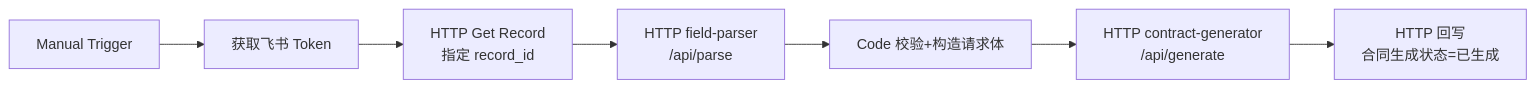
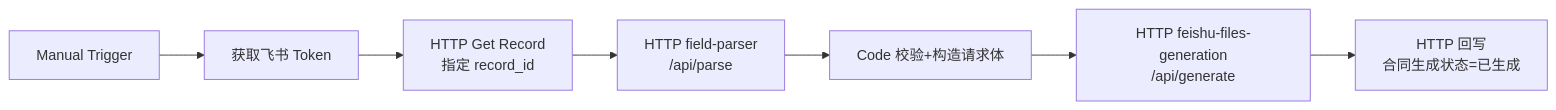
Before and after one commit to XXuyucheng/qujia-n8n-feishu: the second of 2 diagrams in 合同生成-路径B实现.md, drawn with Mermaid. The commit also changed other lines of this file and 47 other files, not shown here.

````diff
--- a/合同生成-路径B实现.md
+++ b/合同生成-路径B实现.md
@@ -759,9 +759,9 @@
 ```mermaid
 flowchart LR
   A[Manual Trigger] --> B[获取飞书 Token]
   B --> C[HTTP Get Record\n指定 record_id]
   C --> D[HTTP field-parser\n/api/parse]
   D --> E[Code 校验+构造请求体]
-  E --> F[HTTP contract-generator\n/api/generate]
+  E --> F[HTTP feishu-files-generation\n/api/generate]
   F --> G[HTTP 回写\n合同生成状态=已生成]
 ```
````
